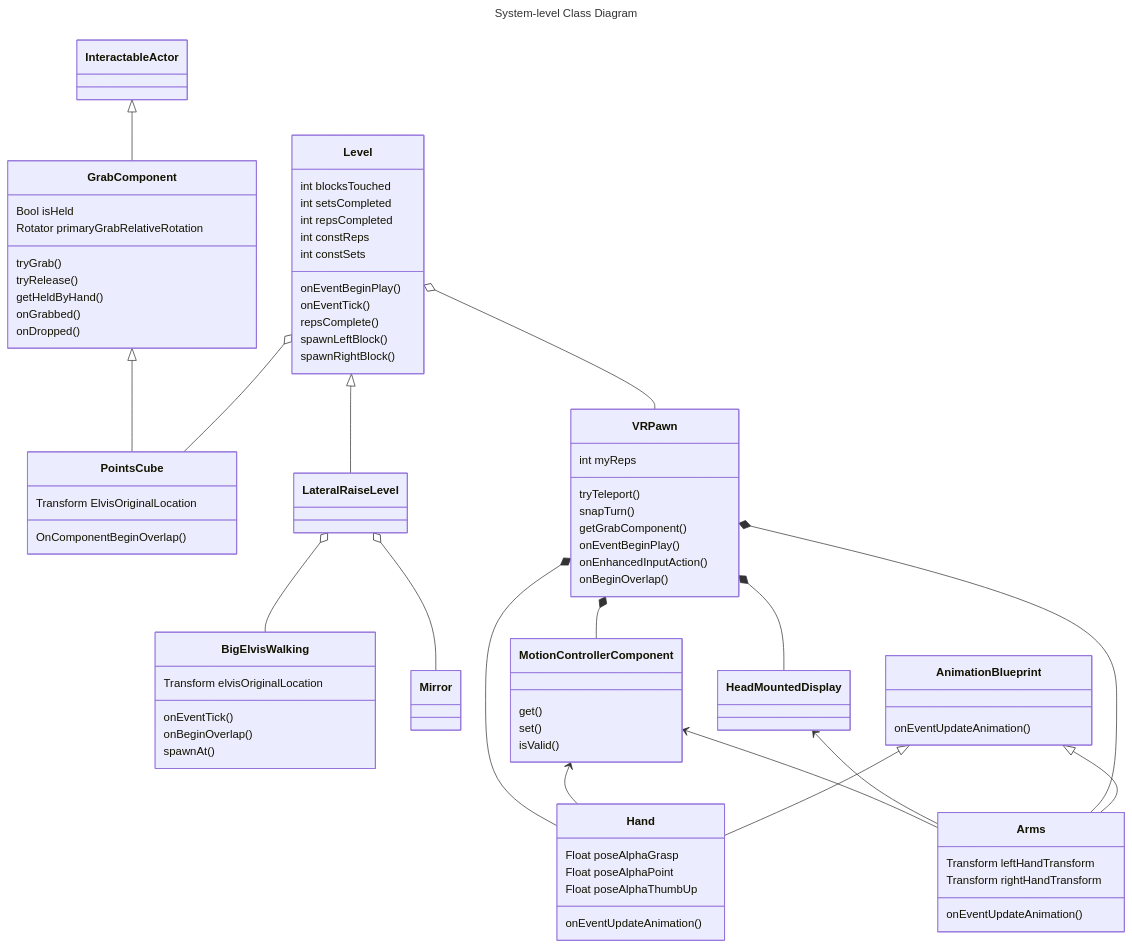
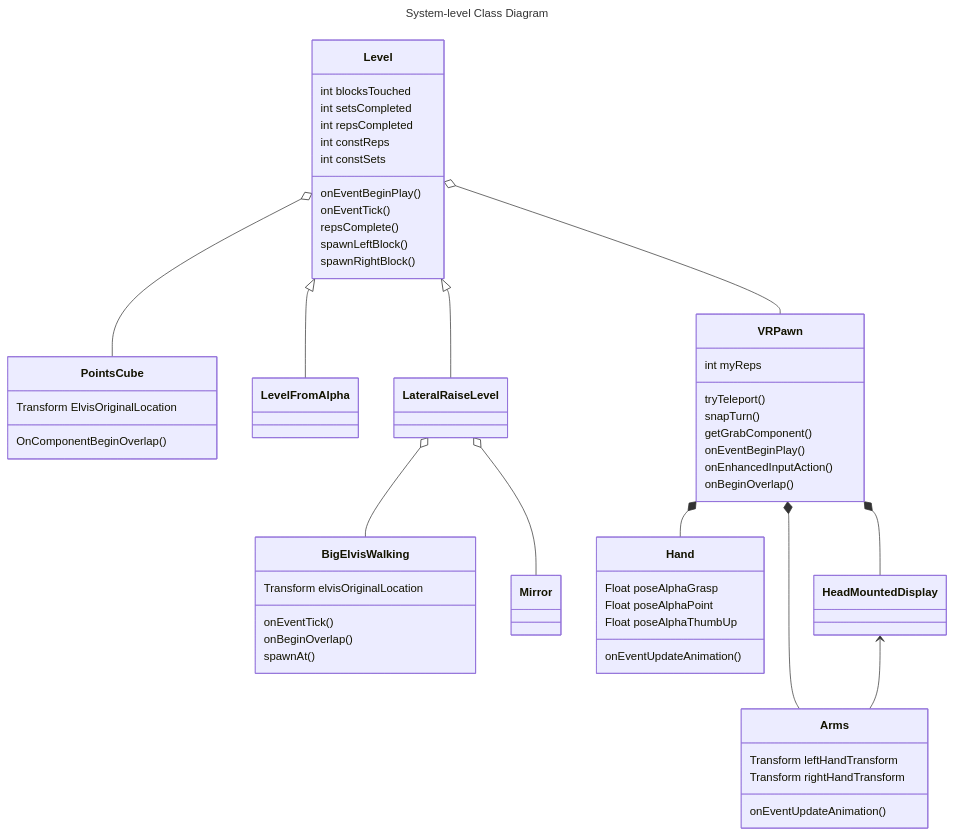
One commit to VR4PT/app changed the diagram in system_class.md. Above: the diagram before and after it, drawn with Mermaid. The commit also changed 2 other files, not shown here.

Commit message:
updates to diagrams for design doc

````diff
--- a/system_class.md
+++ b/system_class.md
@@ -9,17 +9,10 @@
     Transform ElvisOriginalLocation
     OnComponentBeginOverlap()
 }
-InteractableActor <|-- GrabComponent
-class GrabComponent{
-    Bool isHeld
-    Rotator primaryGrabRelativeRotation
-    tryGrab()
-    tryRelease()
-    getHeldByHand()
-    onGrabbed()
-    onDropped()
-}
 
+class LevelFromAlpha { }
+
+Level <| -- LevelFromAlpha
 
 class VRPawn{
     tryTeleport()
@@ -42,15 +35,9 @@
 
 LateralRaiseLevel o-- Mirror
 
-class MotionControllerComponent{
-    get()
-    set()
-    isValid()
-}
 
-class AnimationBlueprint {
-    onEventUpdateAnimation()
-}
+
+
 
 class Arms {
     Transform leftHandTransform
@@ -81,22 +68,20 @@
     onEventUpdateAnimation()
 }
 
-AnimationBlueprint <|-- Hand
-AnimationBlueprint <|-- Arms
+
 
 class HeadMountedDisplay{ }
 
 
-VRPawn *-- MotionControllerComponent
+
 VRPawn *-- Arms
-MotionControllerComponent <-- Hand
+
 VRPawn *-- Hand
 VRPawn *-- HeadMountedDisplay
 HeadMountedDisplay <-- Arms
-MotionControllerComponent <-- Arms
+
 LateralRaiseLevel o--BigElvisWalking
 Level o-- PointsCube
 Level o-- VRPawn
-GrabComponent <|-- PointsCube
 
 ```
````
